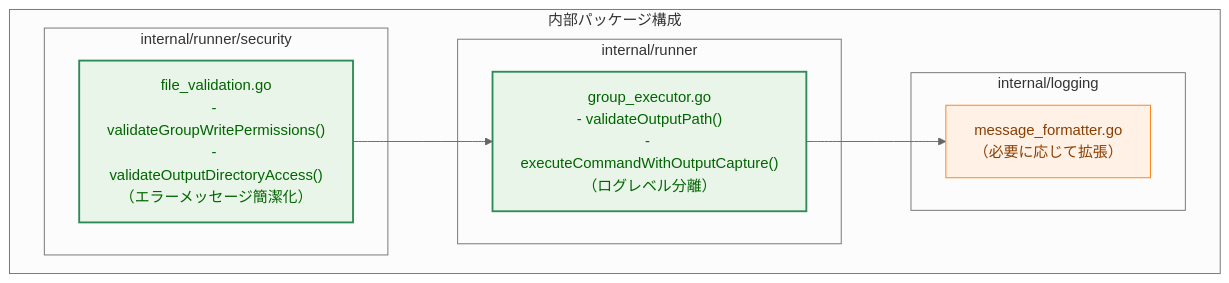
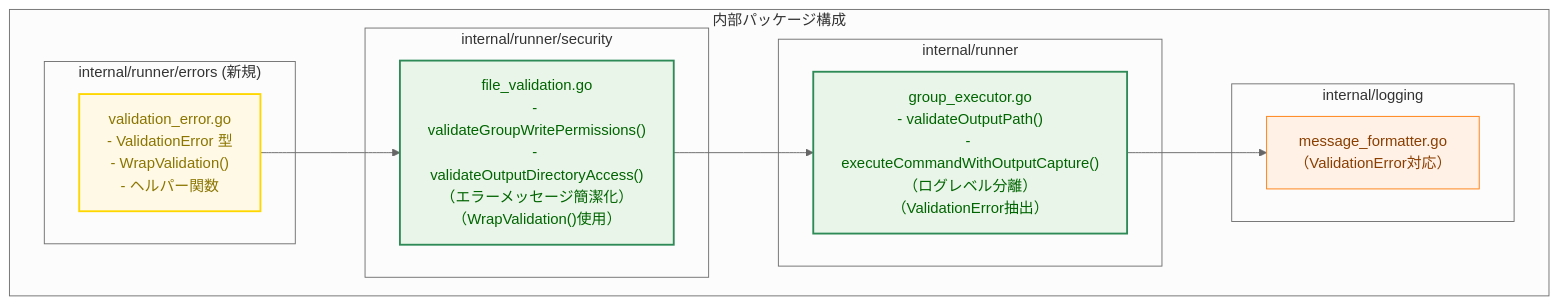
Before and after one commit to isseis/go-safe-cmd-runner: the fifth of 7 diagrams in docs/tasks/0054_error_message_improvement/02_architecture.md, drawn with Mermaid (neutral theme). The commit also changed other lines of this file, not shown here.

First line of the commit message:
docs: improve architecture for error message handling

````diff
--- a/docs/tasks/0054_error_message_improvement/02_architecture.md
+++ b/docs/tasks/0054_error_message_improvement/02_architecture.md
@@ -122,26 +263,33 @@
 ```mermaid
 graph TB
     classDef data fill:#e6f7ff,stroke:#1f77b4,stroke-width:1px,color:#0b3d91;
     classDef process fill:#fff1e6,stroke:#ff7f0e,stroke-width:1px,color:#8a3e00;
     classDef enhanced fill:#e8f5e8,stroke:#2e8b57,stroke-width:2px,color:#006400;
+    classDef new fill:#fff9e6,stroke:#ffd700,stroke-width:2px,color:#8b7500;
 
     subgraph "内部パッケージ構成"
+        subgraph "internal/runner/errors (新規)"
+            E["validation_error.go<br>- ValidationError 型<br>- WrapValidation()<br>- ヘルパー関数"]
+        end
+
         subgraph "internal/runner/security"
-            A["file_validation.go<br>- validateGroupWritePermissions()<br>- validateOutputDirectoryAccess()<br>（エラーメッセージ簡潔化）"]
+            A["file_validation.go<br>- validateGroupWritePermissions()<br>- validateOutputDirectoryAccess()<br>（エラーメッセージ簡潔化）<br>（WrapValidation()使用）"]
         end
 
         subgraph "internal/runner"
-            B["group_executor.go<br>- validateOutputPath()<br>- executeCommandWithOutputCapture()<br>（ログレベル分離）"]
+            B["group_executor.go<br>- validateOutputPath()<br>- executeCommandWithOutputCapture()<br>（ログレベル分離）<br>（ValidationError抽出）"]
         end
 
         subgraph "internal/logging"
-            C["message_formatter.go<br>（必要に応じて拡張）"]
+            C["message_formatter.go<br>（ValidationError対応）"]
         end
     end
 
+    E --> A
     A --> B
     B --> C
 
+    class E new;
     class C process;
     class A,B enhanced;
 ```
````
